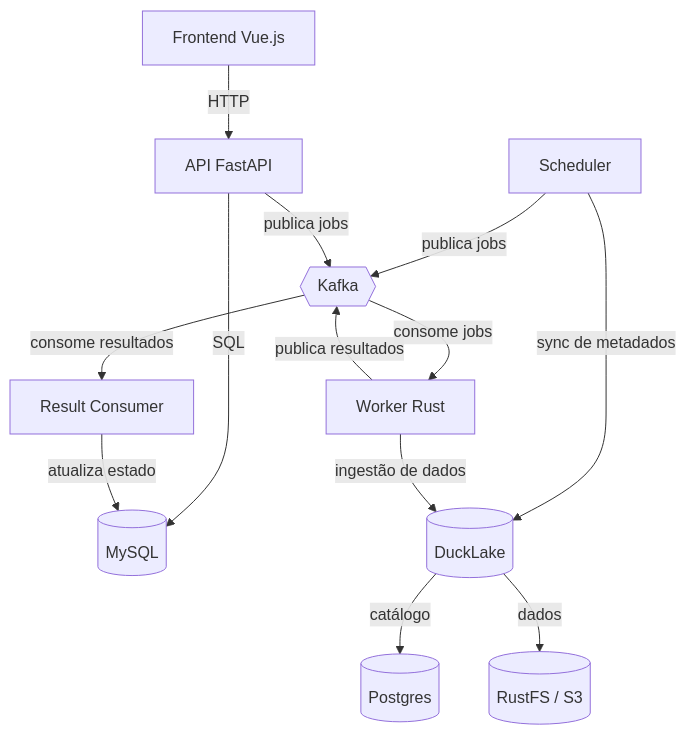
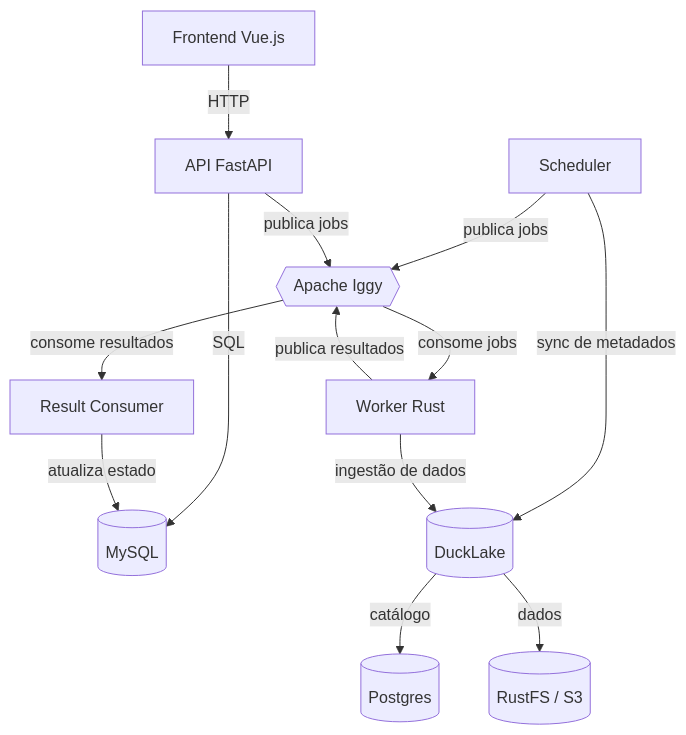
The diagram in README.md (DadosAbertosBH/ckan-ingestor), drawn with Mermaid before and after one commit. The commit also changed other lines of this file and 61 other files, not shown here.

````diff
--- a/README.md
+++ b/README.md
@@ -12,15 +12,15 @@
 ```mermaid
 graph TD
     UI[Frontend Vue.js] -->|HTTP| API[API FastAPI]
     API -->|SQL| MYSQL[(MySQL)]
     SCHED[Scheduler] -->|sync de metadados| LAKE[(DuckLake)]
-    SCHED -->|publica jobs| KAFKA{{Kafka}}
-    API -->|publica jobs| KAFKA
-    KAFKA -->|consome jobs| WORKER[Worker Rust]
+    SCHED -->|publica jobs| IGGY{{Apache Iggy}}
+    API -->|publica jobs| IGGY
+    IGGY -->|consome jobs| WORKER[Worker Rust]
     WORKER -->|ingestão de dados| LAKE
-    WORKER -->|publica resultados| KAFKA
-    KAFKA -->|consome resultados| RESULT[Result Consumer]
+    WORKER -->|publica resultados| IGGY
+    IGGY -->|consome resultados| RESULT[Result Consumer]
     RESULT -->|atualiza estado| MYSQL
     LAKE -->|catálogo| PG[(Postgres)]
     LAKE -->|dados| S3[(RustFS / S3)]
 ```
````
